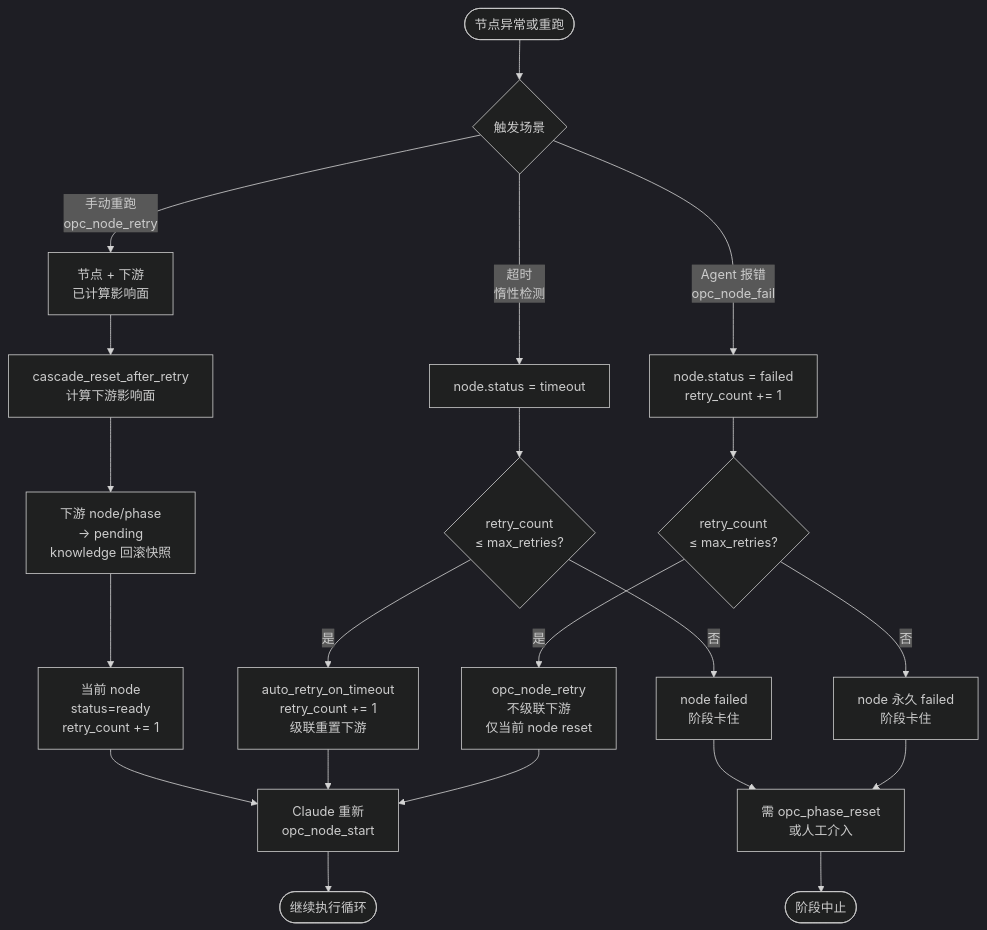
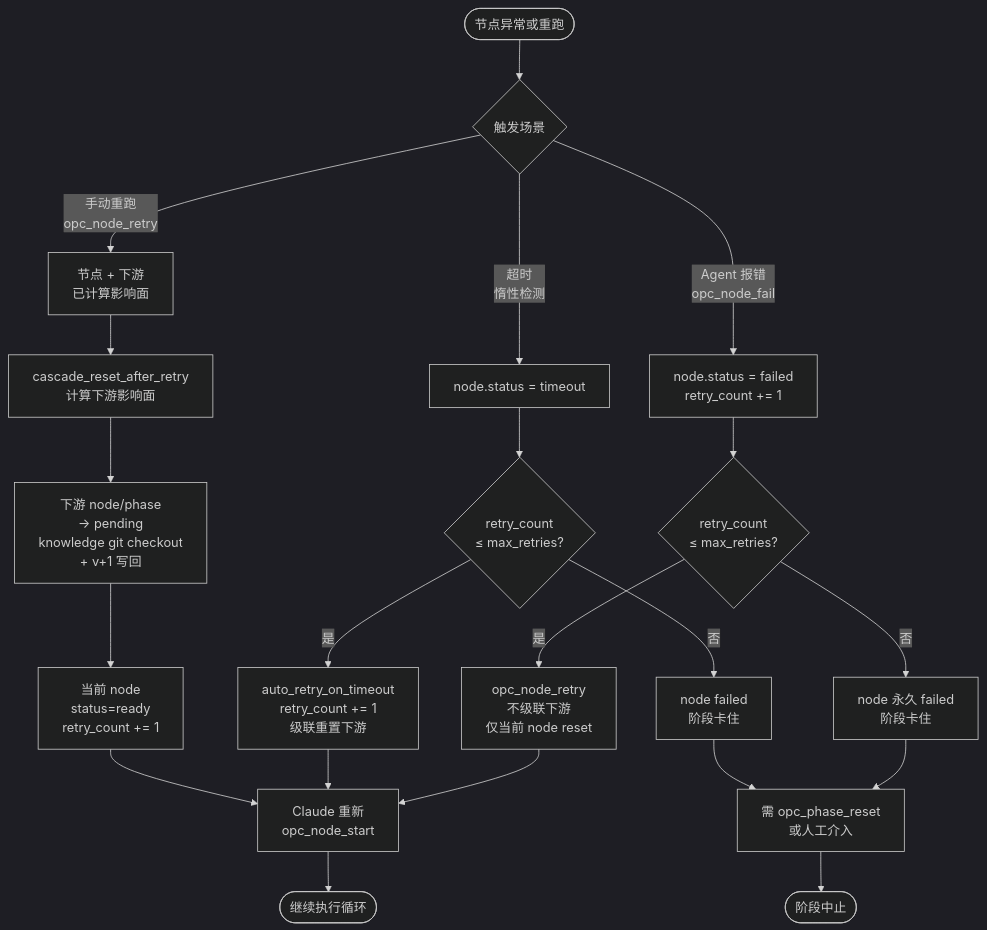
The second of 2 diagrams in doc/feature/02-opc-state-server/04-node/00_overview.md (CaffeineOddity/opc-marketplace), drawn with Mermaid (dark theme) before and after one commit. The commit also changed 42 other files, not shown here.

````diff
--- a/doc/feature/02-opc-state-server/04-node/00_overview.md
+++ b/doc/feature/02-opc-state-server/04-node/00_overview.md
@@ -68,30 +68,30 @@
 ```mermaid
 flowchart TD
     Start([节点异常或重跑]) --> Type{触发场景}
 
     Type -->|Agent 报错<br/>opc_node_fail| AF[node.status = failed<br/>retry_count += 1]
     Type -->|超时<br/>惰性检测| TO[node.status = timeout]
     Type -->|手动重跑<br/>opc_node_retry| MR[节点 + 下游<br/>已计算影响面]
 
     AF --> AFR{retry_count<br/>≤ max_retries?}
     AFR -->|是| AFRetry[opc_node_retry<br/>不级联下游<br/>仅当前 node reset]
     AFR -->|否| AFFail[node 永久 failed<br/>阶段卡住]
 
     TO --> TOR{retry_count<br/>≤ max_retries?}
     TOR -->|是| AutoRetry[auto_retry_on_timeout<br/>retry_count += 1<br/>级联重置下游]
     TOR -->|否| TOFail[node failed<br/>阶段卡住]
 
     MR --> Cascade[cascade_reset_after_retry<br/>计算下游影响面]
-    Cascade --> ResetDown[下游 node/phase<br/>→ pending<br/>knowledge 回滚快照]
+    Cascade --> ResetDown[下游 node/phase<br/>→ pending<br/>knowledge git checkout<br/>+ v+1 写回]
     ResetDown --> Restart[当前 node<br/>status=ready<br/>retry_count += 1]
 
     AFRetry --> Resume[Claude 重新<br/>opc_node_start]
     AutoRetry --> Resume
     Restart --> Resume
 
     AFFail --> NeedFix[需 opc_phase_reset<br/>或人工介入]
     TOFail --> NeedFix
 
     Resume --> EndR([继续执行循环])
     NeedFix --> EndF([阶段中止])
 ```
````
